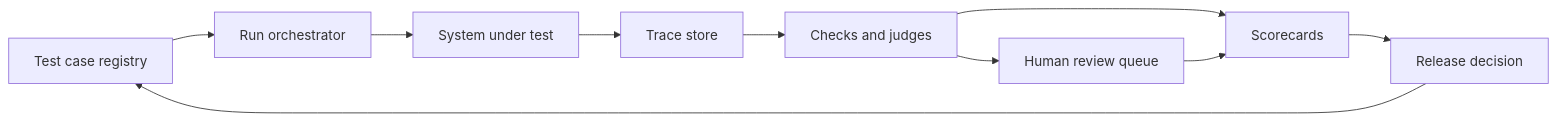
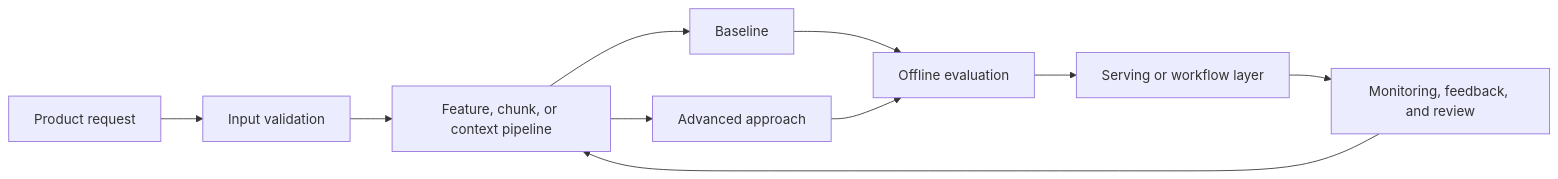
Before and after one commit to Icon1cc/Machine-Learning: the diagram in case-studies/16-llm-evaluation-platform.md, drawn with Mermaid. The commit also changed other lines of this file and 231 other files, not shown here.

````diff
--- a/case-studies/16-llm-evaluation-platform.md
+++ b/case-studies/16-llm-evaluation-platform.md
@@ -55,12 +48,12 @@
 ```mermaid
 flowchart LR
-    A[Test case registry] --> B[Run orchestrator]
-    B --> C[System under test]
-    C --> D[Trace store]
-    D --> E[Checks and judges]
-    E --> F[Human review queue]
-    E --> G[Scorecards]
-    F --> G
-    G --> H[Release decision]
-    H --> A
+    A[Product request] --> B[Input validation]
+    B --> C[Feature, chunk, or context pipeline]
+    C --> D[Baseline]
+    C --> E[Advanced approach]
+    D --> F[Offline evaluation]
+    E --> F
+    F --> G[Serving or workflow layer]
+    G --> H[Monitoring, feedback, and review]
+    H --> C
 ```
````
